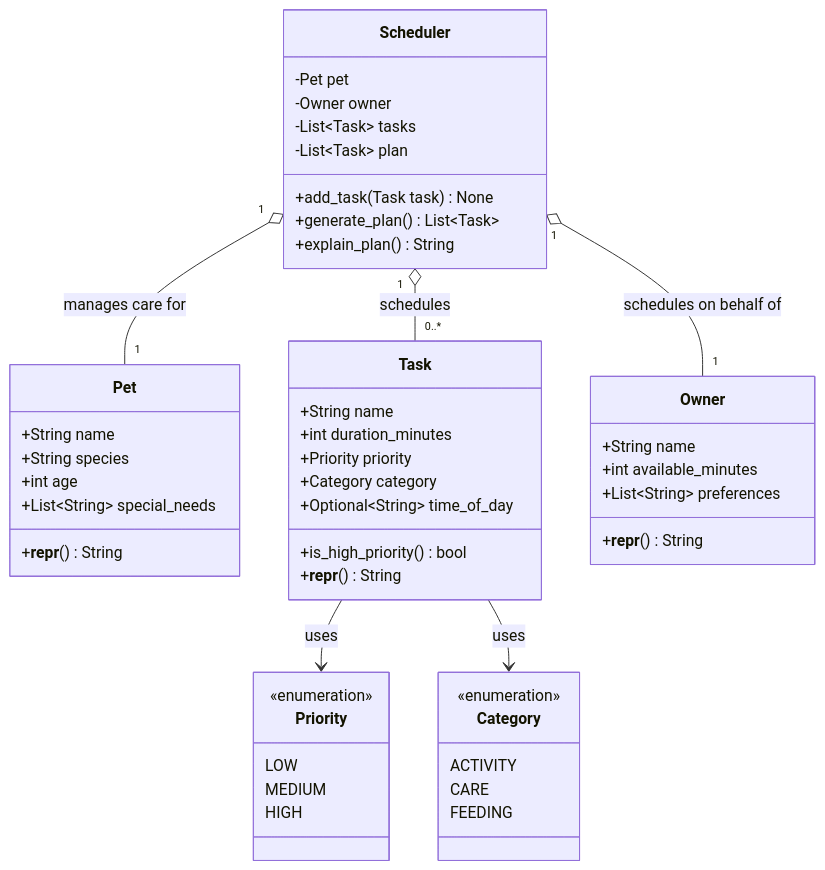
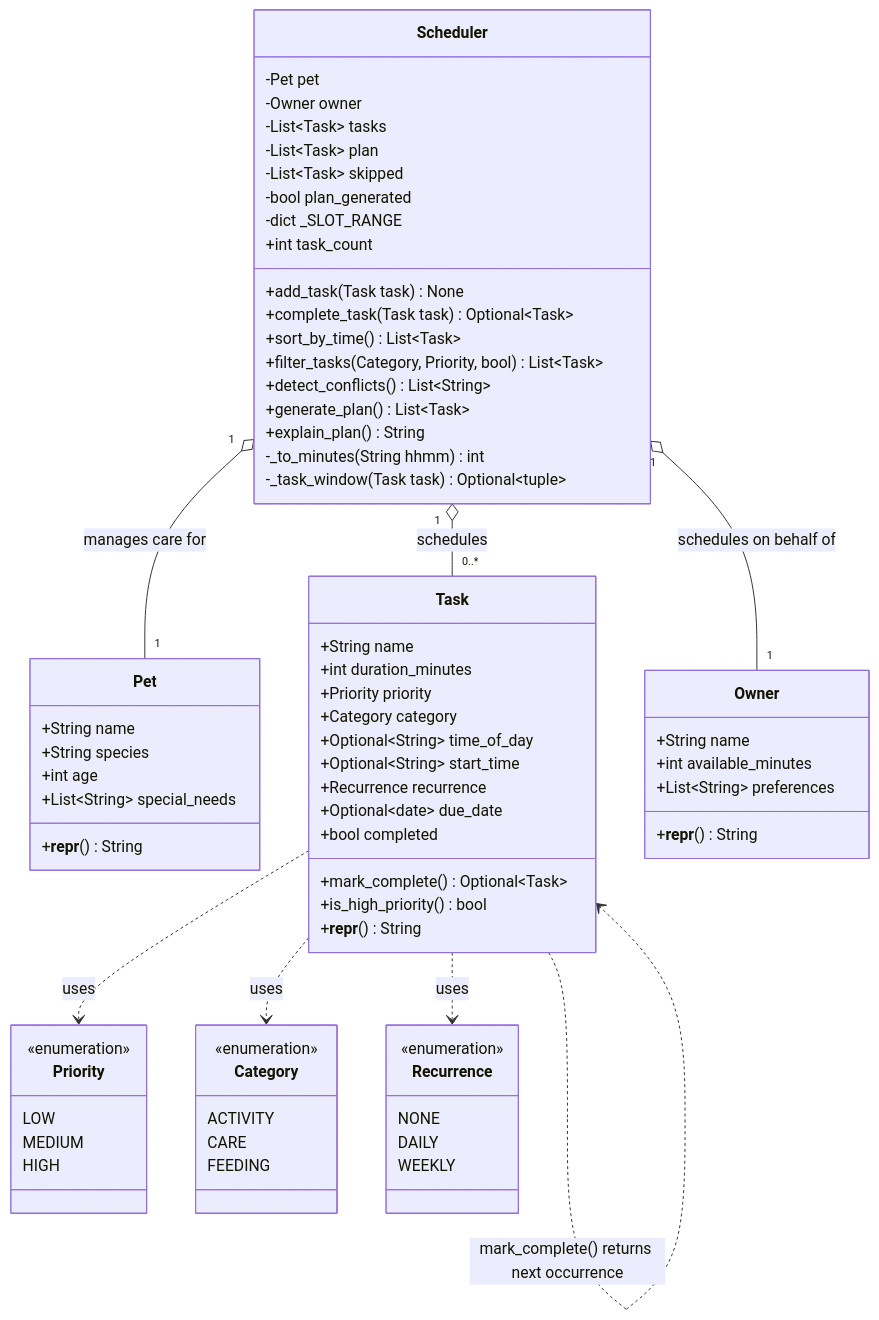
The diagram in UML_PawPal.md (bklouiss/ai110-module2show-pawpal-starter), drawn with Mermaid before and after one commit. The commit also changed 3 other files, not shown here.

````diff
--- a/UML_PawPal.md
+++ b/UML_PawPal.md
@@ -1,57 +1,81 @@
 ```mermaid
 classDiagram
     class Priority {
         <<enumeration>>
         LOW
         MEDIUM
         HIGH
     }
 
     class Category {
         <<enumeration>>
         ACTIVITY
         CARE
         FEEDING
     }
 
+    class Recurrence {
+        <<enumeration>>
+        NONE
+        DAILY
+        WEEKLY
+    }
+
     class Pet {
         +String name
         +String species
         +int age
         +List~String~ special_needs
         +__repr__() String
     }
 
     class Task {
         +String name
         +int duration_minutes
         +Priority priority
         +Category category
         +Optional~String~ time_of_day
+        +Optional~String~ start_time
+        +Recurrence recurrence
+        +Optional~date~ due_date
+        +bool completed
+        +mark_complete() Optional~Task~
         +is_high_priority() bool
         +__repr__() String
     }
 
     class Owner {
         +String name
         +int available_minutes
         +List~String~ preferences
         +__repr__() String
     }
 
     class Scheduler {
         -Pet pet
         -Owner owner
         -List~Task~ tasks
         -List~Task~ plan
+        -List~Task~ skipped
+        -bool plan_generated
+        -dict _SLOT_RANGE
+        +int task_count
         +add_task(Task task) None
+        +complete_task(Task task) Optional~Task~
+        +sort_by_time() List~Task~
+        +filter_tasks(Category, Priority, bool) List~Task~
+        +detect_conflicts() List~String~
         +generate_plan() List~Task~
         +explain_plan() String
+        -_to_minutes(String hhmm) int
+        -_task_window(Task task) Optional~tuple~
     }
 
-    Task --> Priority : uses
-    Task --> Category : uses
+    Task ..> Priority : uses
+    Task ..> Category : uses
+    Task ..> Recurrence : uses
+    Task ..> Task : mark_complete() returns next occurrence
     Scheduler "1" o-- "1" Pet : manages care for
     Scheduler "1" o-- "1" Owner : schedules on behalf of
     Scheduler "1" o-- "0..*" Task : schedules
 ```
````
